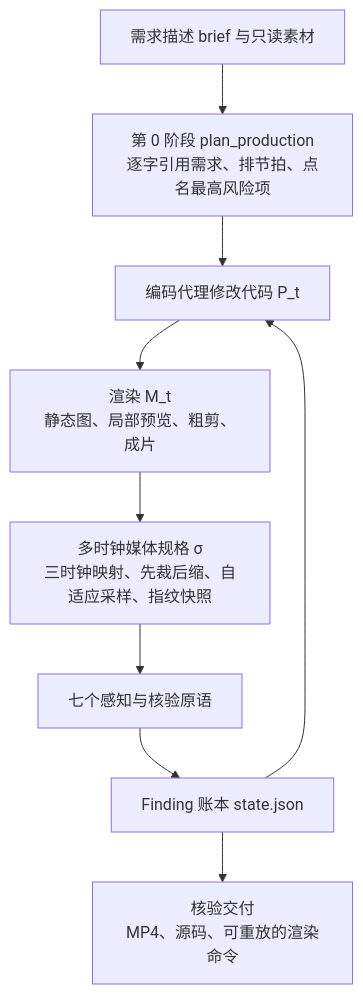
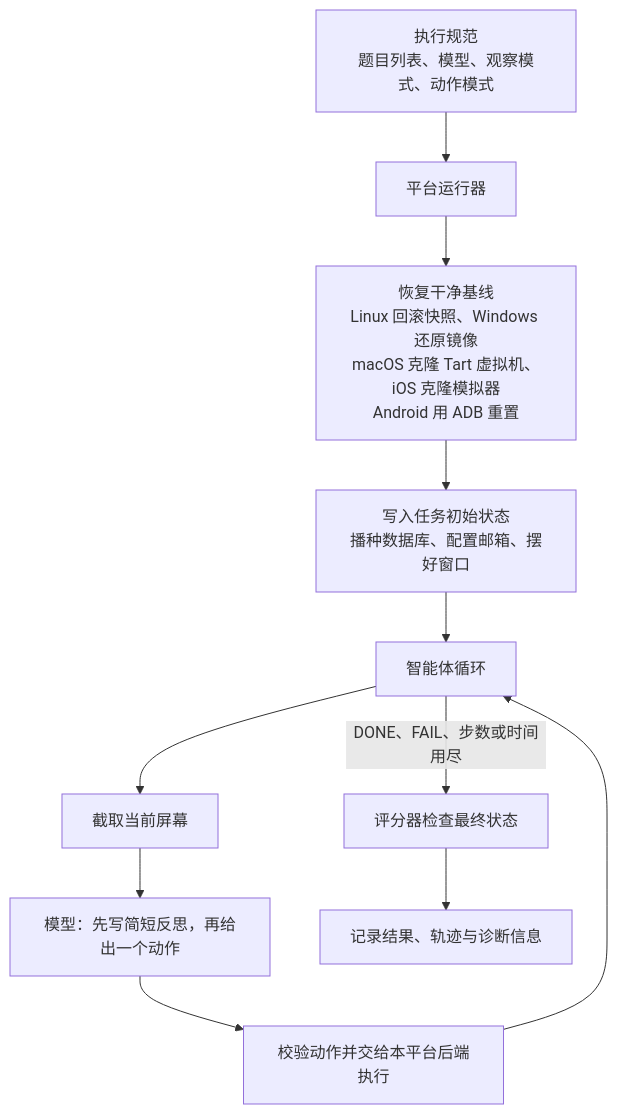
One commit to yingwang/paper-reads changed the second of 7 diagrams in docs/index.md. Above: the diagram before and after it, drawn with Mermaid. The commit also changed other lines of this file and 2 other files, not shown here.

````diff
--- a/docs/index.md
+++ b/docs/index.md
@@ -181,11 +99,13 @@
 ```mermaid
 flowchart TD
-    IN["需求描述 brief 与只读素材"] --> P0["第 0 阶段 plan_production<br/>逐字引用需求、排节拍、点名最高风险项"]
-    P0 --> CODE["编码代理修改代码 P_t"]
-    CODE --> R["渲染 M_t<br/>静态图、局部预览、粗剪、成片"]
-    R --> SPEC["多时钟媒体规格 σ<br/>三时钟映射、先裁后缩、自适应采样、指纹快照"]
-    SPEC --> PRIM["七个感知与核验原语"]
-    PRIM --> LEDGER["Finding 账本 state.json"]
-    LEDGER --> CODE
-    LEDGER --> OUT["核验交付<br/>MP4、源码、可重放的渲染命令"]
+    S["执行规范<br/>题目列表、模型、观察模式、动作模式"] --> R["平台运行器"]
+    R --> Z["恢复干净基线<br/>Linux 回滚快照、Windows 还原镜像<br/>macOS 克隆 Tart 虚拟机、iOS 克隆模拟器<br/>Android 用 ADB 重置"]
+    Z --> I["写入任务初始状态<br/>播种数据库、配置邮箱、摆好窗口"]
+    I --> L["智能体循环"]
+    L --> O["截取当前屏幕"]
+    O --> M["模型：先写简短反思，再给出一个动作"]
+    M --> X["校验动作并交给本平台后端执行"]
+    X --> L
+    L -->|"DONE、FAIL、步数或时间用尽"| E["评分器检查最终状态"]
+    E --> W["记录结果、轨迹与诊断信息"]
 ```
````
